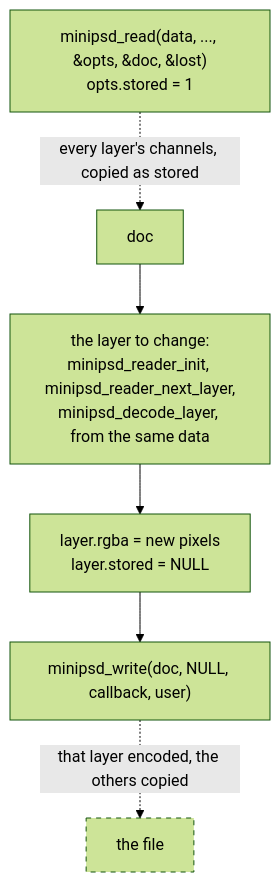
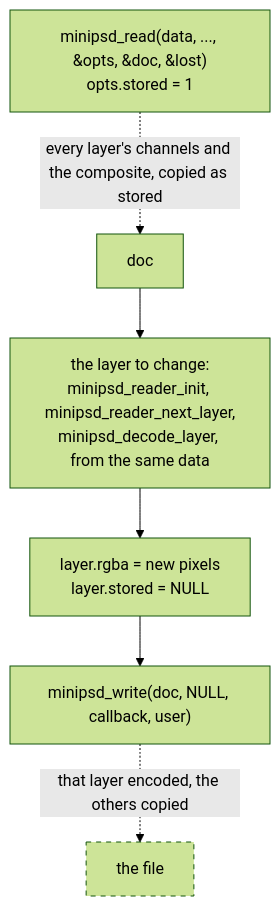
One commit to ShadobaDev/minipsd changed the fifth of 5 diagrams in docs/MANUAL.md. Above: the diagram before and after it, drawn with Mermaid (forest theme). The commit also changed other lines of this file and 11 other files, not shown here.

First line of the commit message:
feat(read,writer): keep the composite as the file stores it

````diff
--- a/docs/MANUAL.md
+++ b/docs/MANUAL.md
@@ -536,11 +539,11 @@
 ```mermaid
 flowchart TD
     read["minipsd_read(data, ..., &opts, &doc, &lost)<br>opts.stored = 1"]
-    read -. "every layer's channels, copied as stored" .-> doc["doc"]
+    read -. "every layer's channels and the composite, copied as stored" .-> doc["doc"]
     doc --> pick["the layer to change:<br>minipsd_reader_init, minipsd_reader_next_layer,<br>minipsd_decode_layer, from the same data"]
     pick --> set["layer.rgba = new pixels<br>layer.stored = NULL"]
     set --> write["minipsd_write(doc, NULL, callback, user)"]
     write -. "that layer encoded, the others copied" .-> out["the file"]
     classDef minipsd stroke-dasharray: 5 5
     class out minipsd
 ```
````
